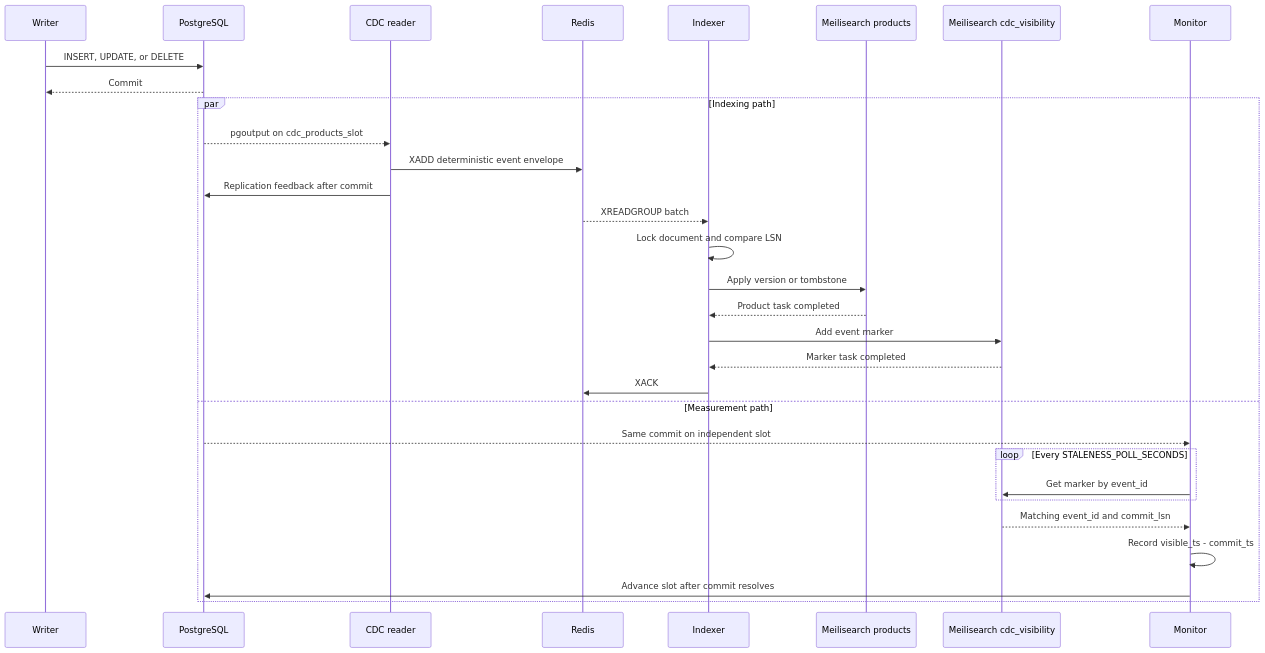
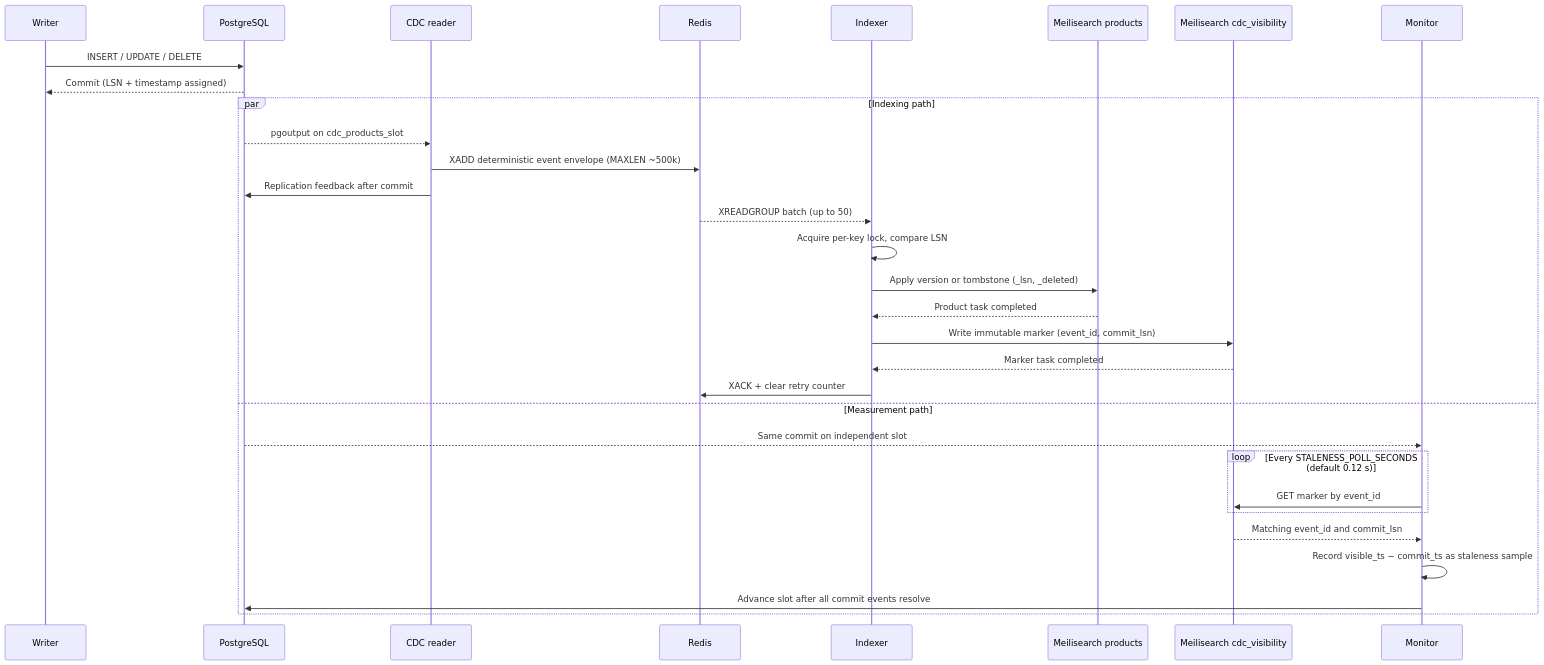
The second of 3 diagrams in README.md (Emmanuelzyronis/FreshIndex), drawn with Mermaid before and after one commit. The commit also changed other lines of this file and 11 other files, not shown here.

````diff
--- a/README.md
+++ b/README.md
@@ -178,34 +99,35 @@
 ```mermaid
 sequenceDiagram
     participant Writer
     participant PostgreSQL
     participant Reader as CDC reader
     participant Redis
     participant Indexer
     participant Products as Meilisearch products
     participant Visibility as Meilisearch cdc_visibility
     participant Monitor
 
-    Writer->>PostgreSQL: INSERT, UPDATE, or DELETE
-    PostgreSQL-->>Writer: Commit
+    Writer->>PostgreSQL: INSERT / UPDATE / DELETE
+    PostgreSQL-->>Writer: Commit (LSN + timestamp assigned)
+
     par Indexing path
         PostgreSQL-->>Reader: pgoutput on cdc_products_slot
-        Reader->>Redis: XADD deterministic event envelope
+        Reader->>Redis: XADD deterministic event envelope (MAXLEN ~500k)
         Reader->>PostgreSQL: Replication feedback after commit
-        Redis-->>Indexer: XREADGROUP batch
-        Indexer->>Indexer: Lock document and compare LSN
-        Indexer->>Products: Apply version or tombstone
+        Redis-->>Indexer: XREADGROUP batch (up to 50)
+        Indexer->>Indexer: Acquire per-key lock, compare LSN
+        Indexer->>Products: Apply version or tombstone (_lsn, _deleted)
         Products-->>Indexer: Product task completed
-        Indexer->>Visibility: Add event marker
+        Indexer->>Visibility: Write immutable marker (event_id, commit_lsn)
         Visibility-->>Indexer: Marker task completed
-        Indexer->>Redis: XACK
+        Indexer->>Redis: XACK + clear retry counter
     and Measurement path
         PostgreSQL-->>Monitor: Same commit on independent slot
-        loop Every STALENESS_POLL_SECONDS
-            Monitor->>Visibility: Get marker by event_id
+        loop Every STALENESS_POLL_SECONDS (default 0.12 s)
+            Monitor->>Visibility: GET marker by event_id
         end
         Visibility-->>Monitor: Matching event_id and commit_lsn
-        Monitor->>Monitor: Record visible_ts - commit_ts
-        Monitor->>PostgreSQL: Advance slot after commit resolves
+        Monitor->>Monitor: Record visible_ts − commit_ts as staleness sample
+        Monitor->>PostgreSQL: Advance slot after all commit events resolve
     end
 ```
````
